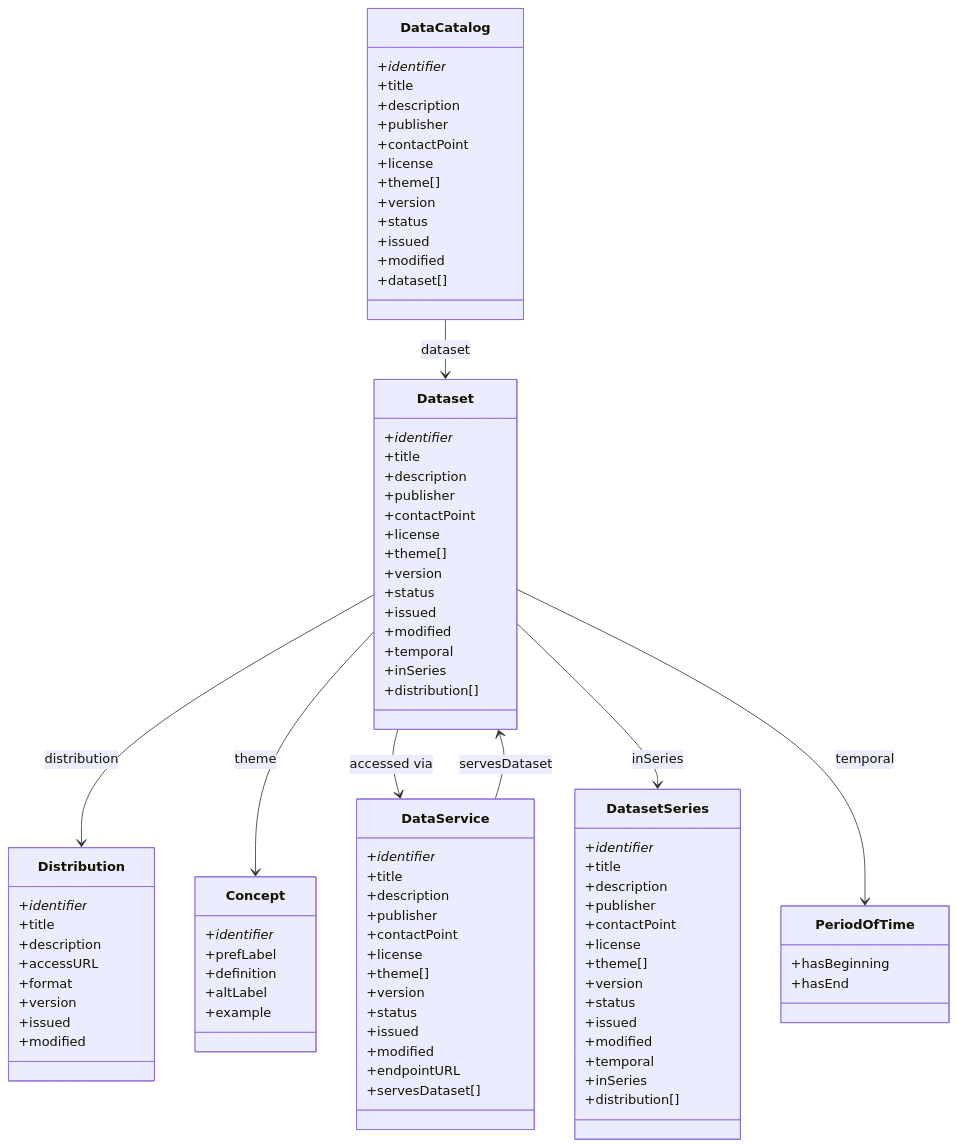
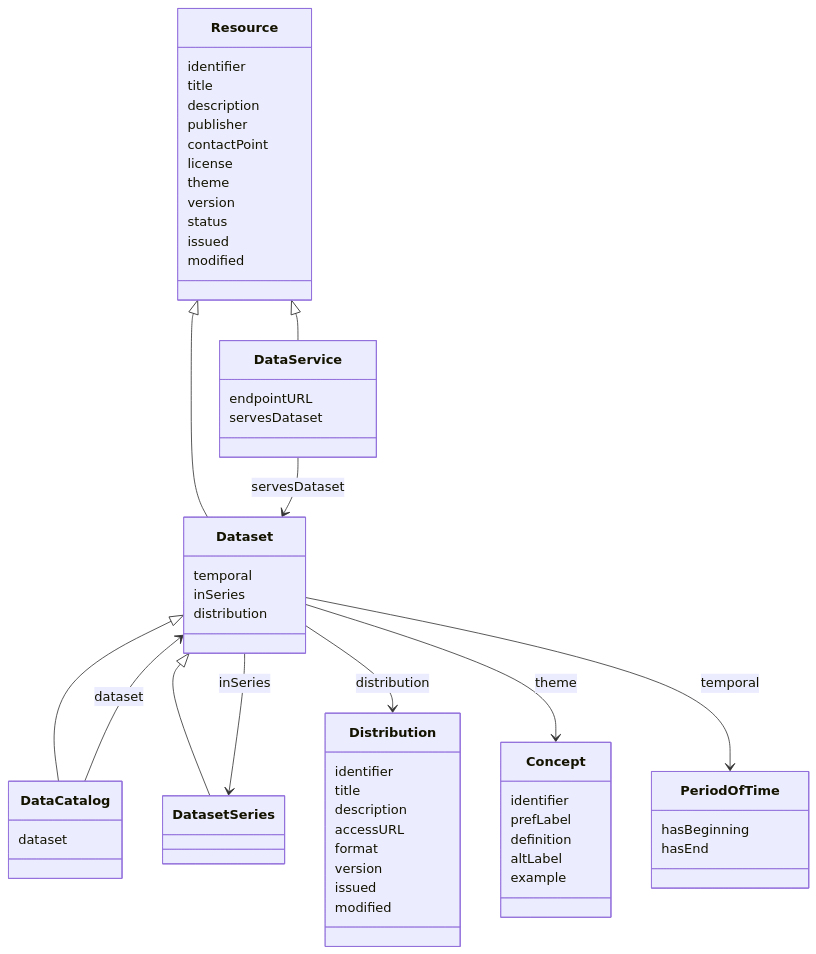
One commit to uuidea/simple_data_catalog_how-to changed the diagram in modules/dcat/pages/dcat-intro.adoc. Above: the diagram before and after it, drawn with Mermaid.

Commit message:
stupid diagram

```diff
--- a/modules/dcat/pages/dcat-intro.adoc
+++ b/modules/dcat/pages/dcat-intro.adoc
@@ -42,99 +42,71 @@
 [mermaid, dcat-class-structure, svg]
 ----
 classDiagram
-    class DataCatalog {
-        +identifier*
-        +title
-        +description
-        +publisher
-        +contactPoint
-        +license
-        +theme[]
-        +version
-        +status
-        +issued
-        +modified
-        +dataset[]
+    class Resource {  
+        identifier
+        title
+        description
+        publisher
+        contactPoint
+        license
+        theme
+        version
+        status
+        issued
+        modified
     }
     
     class Dataset {
-        +identifier*
-        +title
-        +description
-        +publisher
-        +contactPoint
-        +license
-        +theme[]
-        +version
-        +status
-        +issued
-        +modified
-        +temporal
-        +inSeries
-        +distribution[]
+        temporal
+        inSeries
+        distribution
+    }
+    
+    class DataCatalog {
+        dataset
     }
     
     class DatasetSeries {
-        +identifier*
-        +title
-        +description
-        +publisher
-        +contactPoint
-        +license
-        +theme[]
-        +version
-        +status
-        +issued
-        +modified
-        +temporal
-        +inSeries
-        +distribution[]
     }
     
     class Distribution {
-        +identifier*
-        +title
-        +description
-        +accessURL
-        +format
-        +version
-        +issued
-        +modified
+        identifier
+        title
+        description
+        accessURL
+        format
+        version
+        issued
+        modified
     }
     
     class DataService {
-        +identifier*
-        +title
-        +description
-        +publisher
-        +contactPoint
-        +license
-        +theme[]
-        +version
-        +status
-        +issued
-        +modified
-        +endpointURL
-        +servesDataset[]
+        endpointURL
+        servesDataset
     }
     
     class Concept {
-        +identifier*
-        +prefLabel
-        +definition
-        +altLabel
-        +example
+        identifier
+        prefLabel
+        definition
+        altLabel
+        example
     }
     
     class PeriodOfTime {
-        +hasBeginning
-        +hasEnd
+        hasBeginning
+        hasEnd
     }
 
+    Resource <|-- Dataset
+    Dataset <|-- DataCatalog
+    Dataset <|-- DatasetSeries
+    Resource <|-- DataService
+    
     DataCatalog --> Dataset : dataset
     Dataset --> Distribution : distribution
     Dataset --> Concept : theme
-    Dataset --> DataService : accessed via
+
     Dataset --> DatasetSeries : inSeries
     Dataset --> PeriodOfTime : temporal
     DataService --> Dataset : servesDataset
```
